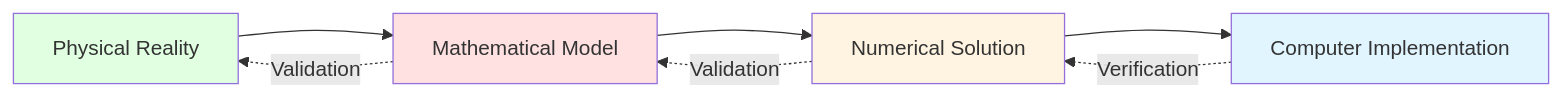
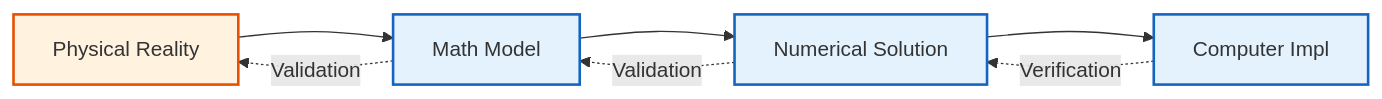
One commit to wramet/build-my-cfd changed the diagram in MODULE_03_SINGLE_PHASE_FLOW/CONTENT/06_VALIDATION_AND_VERIFICATION/01_V_and_V_Principles.md. Above: the diagram before and after it, drawn with Mermaid. The commit also changed 313 other files, not shown here.

Commit message:
Revise all diagram

````diff
--- a/MODULE_03_SINGLE_PHASE_FLOW/CONTENT/06_VALIDATION_AND_VERIFICATION/01_V_and_V_Principles.md
+++ b/MODULE_03_SINGLE_PHASE_FLOW/CONTENT/06_VALIDATION_AND_VERIFICATION/01_V_and_V_Principles.md
@@ -36,15 +36,15 @@
 ```mermaid
 flowchart LR
-    A[Physical Reality] --> B[Mathematical Model]
-    B --> C[Numerical Solution]
-    C --> D[Computer Implementation]
+%% Classes
+classDef explicit fill:#fff3e0,stroke:#e65100,stroke-width:2px;
+classDef implicit fill:#e3f2fd,stroke:#1565c0,stroke-width:2px;
+classDef context fill:#f5f5f5,stroke:#9e9e9e,stroke-width:1px,color:#757575;
+%% Nodes
+A[Physical Reality]:::explicit --> B[Math Model]:::implicit
+B --> C[Numerical Solution]:::implicit
+C --> D[Computer Impl]:::implicit
 
-    D -.->|Verification| C
-    C -.->|Validation| B
-    B -.->|Validation| A
-
-    style D fill:#e1f5ff
-    style C fill:#fff4e1
-    style B fill:#ffe1e1
-    style A fill:#e1ffe1
+D -.->|Verification| C
+C -.->|Validation| B
+B -.->|Validation| A
 ```
````
